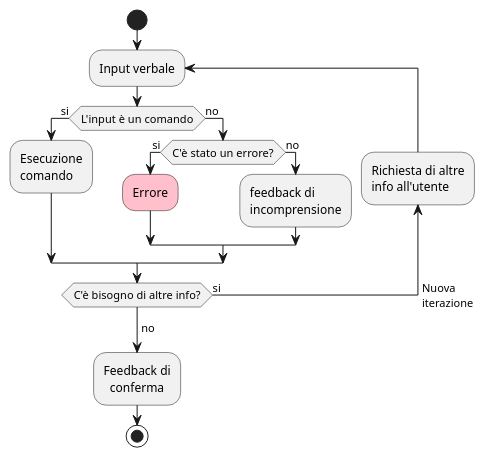
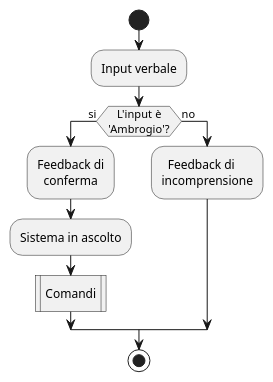
The diagram in A_2.1.puml (Andribi/AmbrogioDiagrams), drawn with PlantUML before and after one commit. The commit also changed other lines of this file and 3 other files, not shown here.

```diff
--- a/A_2.1.puml
+++ b/A_2.1.puml
@@ -1,23 +1,15 @@
 @startuml
 'Requisito 2.1 Riconoscimento della keyword
-
 skinparam ConditionEndStyle hline
 
 start
-
-repeat :Input verbale;
-  if (L'input è un comando) then (si)
-    :Esecuzione\ncomando;
-  else (no)
-      if (C'è stato un errore?) then (si)
-        #pink:Errore;
-      else (no)
-        :feedback di\nincomprensione;
-        endif
-  endif
-backward:Richiesta di altre\ninfo all'utente;
-repeat while (C'è bisogno di altre info?) is (si) -> Nuova\niterazione
-->no;
+:Input verbale;
+if (   L'input è \n'Ambrogio'?) then (si)
 :Feedback di\n  conferma;
+:Sistema in ascolto;
+:Comandi|
+else (no)
+:  Feedback di\nincomprensione;
+Endif
 stop
 @enduml
```
